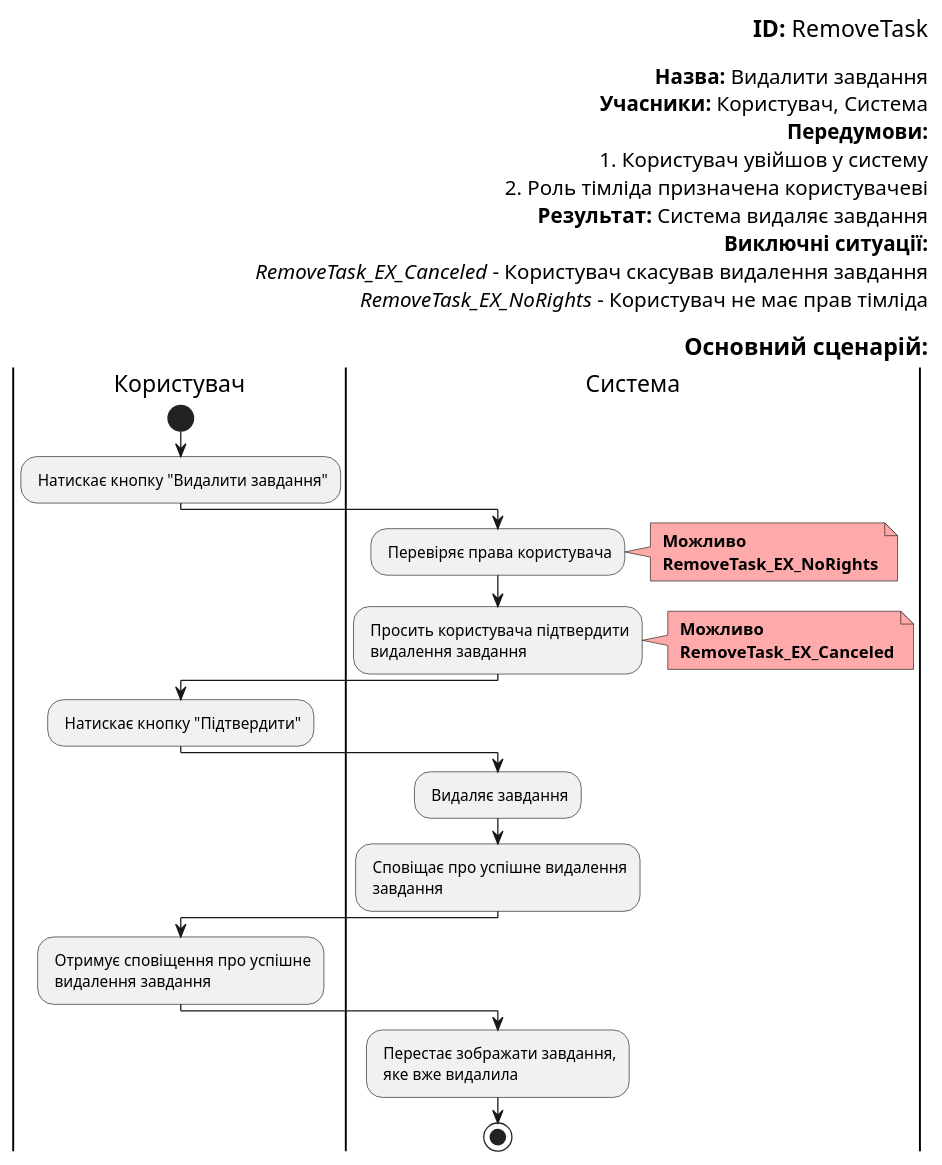
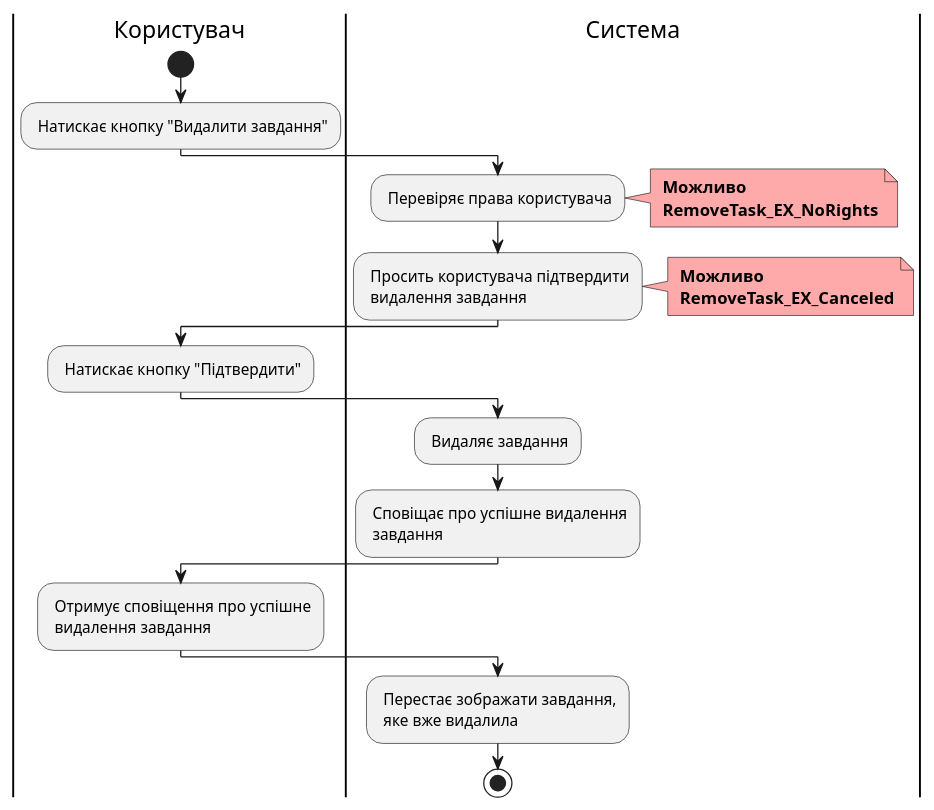
Before and after one commit to boldak/edu-db-cw: diagram 14 of 19 in docs/use cases/README.md, drawn with PlantUML. The commit also changed other lines of this file, not shown here.

```diff
--- a/docs/use cases/README.md
+++ b/docs/use cases/README.md
@@ -885,53 +941,37 @@
 @startuml
-
-    right header        
-        <font color=000 size=18><b>ID:</b> RemoveTask
-
-        <font color=000 size=16><b>Назва:</b> Видалити завдання
-        <font color=000 size=16><b>Учасники:</b> Користувач, Система
-        <font color=000 size=16><b>Передумови:</b>
-        <font color=000 size=16>1. Користувач увійшов у систему
-        <font color=000 size=16>2. Роль тімліда призначена користувачеві
-        <font color=000 size=16><b>Результат:</b> Система видаляє завдання
-        <font color=000 size=16><b>Виключні ситуації:</b>
-        <font color=000 size=16><i>RemoveTask_EX_Canceled</i> - Користувач скасував видалення завдання
-        <font color=000 size=16><i>RemoveTask_EX_NoRights</i> - Користувач не має прав тімліда
-
-        <font color=000 size=18><b>Основний сценарій:</b>
-    end header
     
     |Користувач|
     start
     : Натискає кнопку "Видалити завдання";
     
     |Система|
     : Перевіряє права користувача;
     note right #ffaaaa
     <b> Можливо
     <b> RemoveTask_EX_NoRights
     end note
     
     |Система|
     : Просить користувача підтвердити\n видалення завдання;
     note right #ffaaaa
     <b> Можливо
     <b> RemoveTask_EX_Canceled
     end note
     
     |Користувач|
     : Натискає кнопку "Підтвердити";
     
     |Система|
     : Видаляє завдання;
     
     |Система|
     : Сповіщає про успішне видалення\n завдання;
     
     |Користувач|
     : Отримує сповіщення про успішне\n видалення завдання;
     
     |Система|
     : Перестає зображати завдання,\n яке вже видалила;
     stop;
     
 @enduml
```
